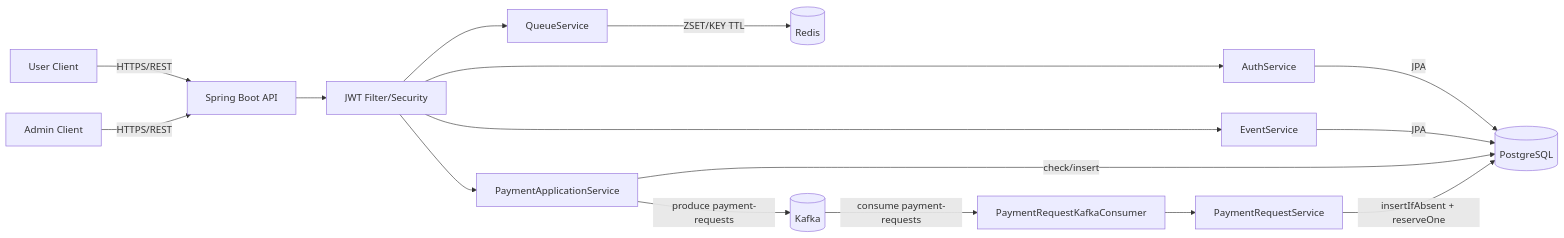
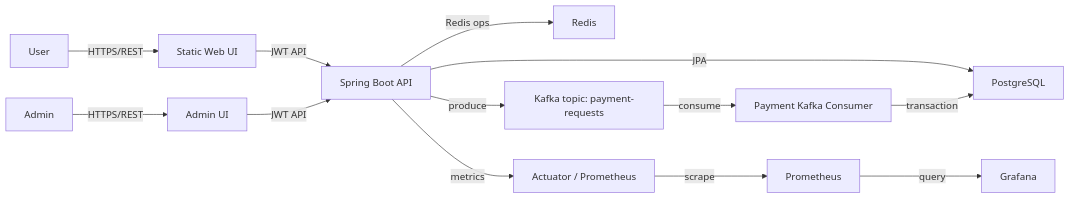
One commit to hyosikKim98/Ticketing-server changed the diagram in docs/architecture.md. Above: the diagram before and after it, drawn with Mermaid. The commit also changed other lines of this file and 8 other files, not shown here.

````diff
--- a/docs/architecture.md
+++ b/docs/architecture.md
@@ -11,21 +3,15 @@
 ```mermaid
 flowchart LR
-  U["User Client"] -->|HTTPS/REST| API["Spring Boot API"]
-  A["Admin Client"] -->|HTTPS/REST| API
-
-  API --> SEC["JWT Filter/Security"]
-  SEC --> AUTH["AuthService"]
-  SEC --> EVT["EventService"]
-  SEC --> QUEUE["QueueService"]
-  SEC --> PAYAPP["PaymentApplicationService"]
-
-  AUTH -->|JPA| PG[(PostgreSQL)]
-  EVT -->|JPA| PG
-  PAYAPP -->|check/insert| PG
-  QUEUE -->|ZSET/KEY TTL| REDIS[(Redis)]
-
-  PAYAPP -->|produce payment-requests| KAFKA[(Kafka)]
-  KAFKA -->|consume payment-requests| CONSUMER["PaymentRequestKafkaConsumer"]
-  CONSUMER --> PAYREQ["PaymentRequestService"]
-  PAYREQ -->|insertIfAbsent + reserveOne| PG
+    U["User"] -->|"HTTPS/REST"| WEB["Static Web UI"]
+    A["Admin"] -->|"HTTPS/REST"| ADMIN["Admin UI"]
+    WEB -->|"JWT API"| API["Spring Boot API"]
+    ADMIN -->|"JWT API"| API
+    API -->|"JPA"| PG["PostgreSQL"]
+    API -->|"Redis ops"| REDIS["Redis"]
+    API -->|"produce"| KAFKA["Kafka topic: payment-requests"]
+    KAFKA -->|"consume"| CONSUMER["Payment Kafka Consumer"]
+    CONSUMER -->|"transaction"| PG
+    API -->|"metrics"| ACT["Actuator / Prometheus"]
+    ACT -->|"scrape"| PROM["Prometheus"]
+    PROM -->|"query"| GRAF["Grafana"]
 ```
````
